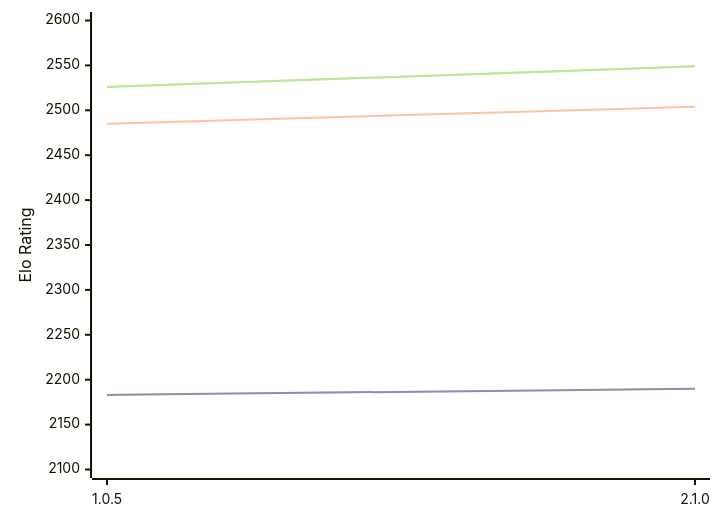
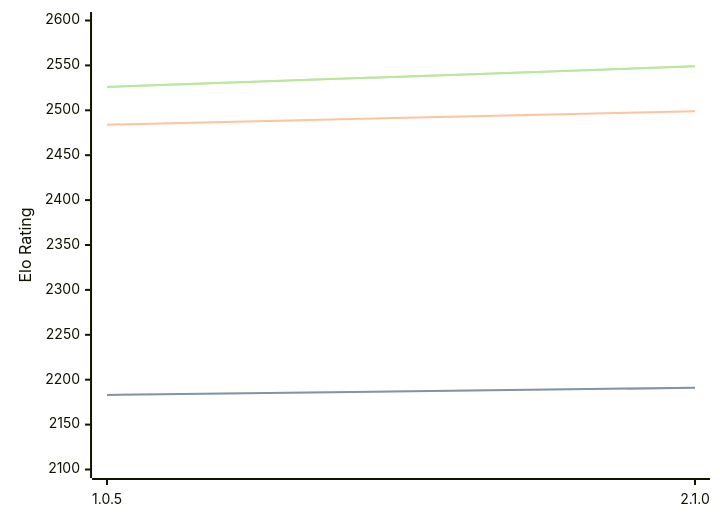
Before and after one commit to computer-chess-index/cci: the diagram in engines/Ruffian.md, drawn with Mermaid. The commit also changed other lines of this file, not shown here.

Commit message:
Update CCI Ratings (ELO VLTC) - 2026-03-15

````diff
--- a/engines/Ruffian.md
+++ b/engines/Ruffian.md
@@ -30,11 +30,11 @@
 ```mermaid
 %%{init: {"theme":"base","themeVariables":{"seriesColors:['#a3a3a3','#222221','#faa371']}}}%%
 xychart-beta
   x-axis ["1.0.5", "2.1.0"]
   y-axis "Elo Rating" 2100 --> 2600
-  line "STC (8.0+0.08s)" [2183, 2190]
-  line "STC (8.0+0.08s)" [2183, 2190]
-  line "LTC (60.0+0.60s)" [2485, 2504]
+  line "STC (8.0+0.08s)" [2183, 2191]
+  line "STC (8.0+0.08s)" [2183, 2191]
+  line "LTC (60.0+0.60s)" [2484, 2499]
   line "VLTC (2m24s+1.12s)" [2526, 2549]
   line "VLTC (2m24s+1.12s)" [2526, 2549]
 ```
````
